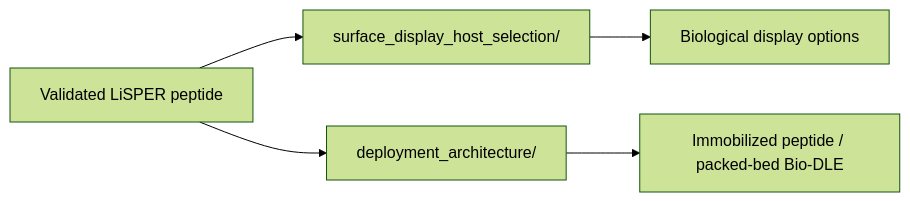
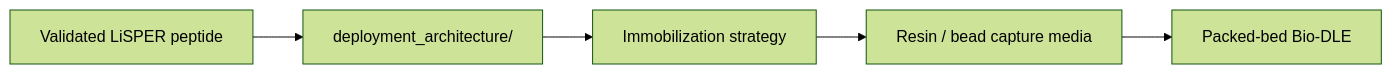
One commit to jackyissocute/LiSPER changed the diagram in 03_industrial_translation/README.md. Above: the diagram before and after it, drawn with Mermaid (forest theme). The commit also changed other lines of this file and 24 other files, not shown here.

````diff
--- a/03_industrial_translation/README.md
+++ b/03_industrial_translation/README.md
@@ -5,7 +5,7 @@
 ```mermaid
 flowchart LR
-    A["Validated LiSPER peptide"] --> B["surface_display_host_selection/"]
-    A --> C["deployment_architecture/"]
-    B --> D["Biological display options"]
-    C --> E["Immobilized peptide / packed-bed Bio-DLE"]
+    A["Validated LiSPER peptide"] --> B["deployment_architecture/"]
+    B --> C["Immobilization strategy"]
+    C --> D["Resin / bead capture media"]
+    D --> E["Packed-bed Bio-DLE"]
 ```
````
